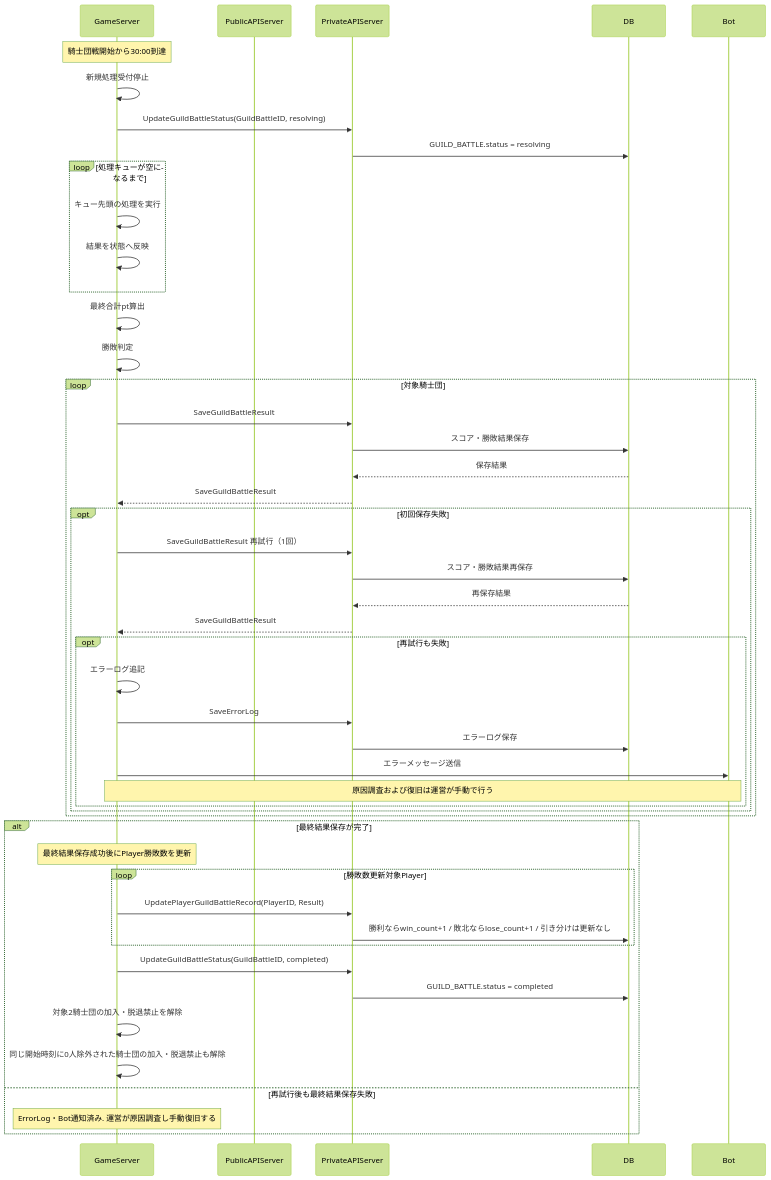
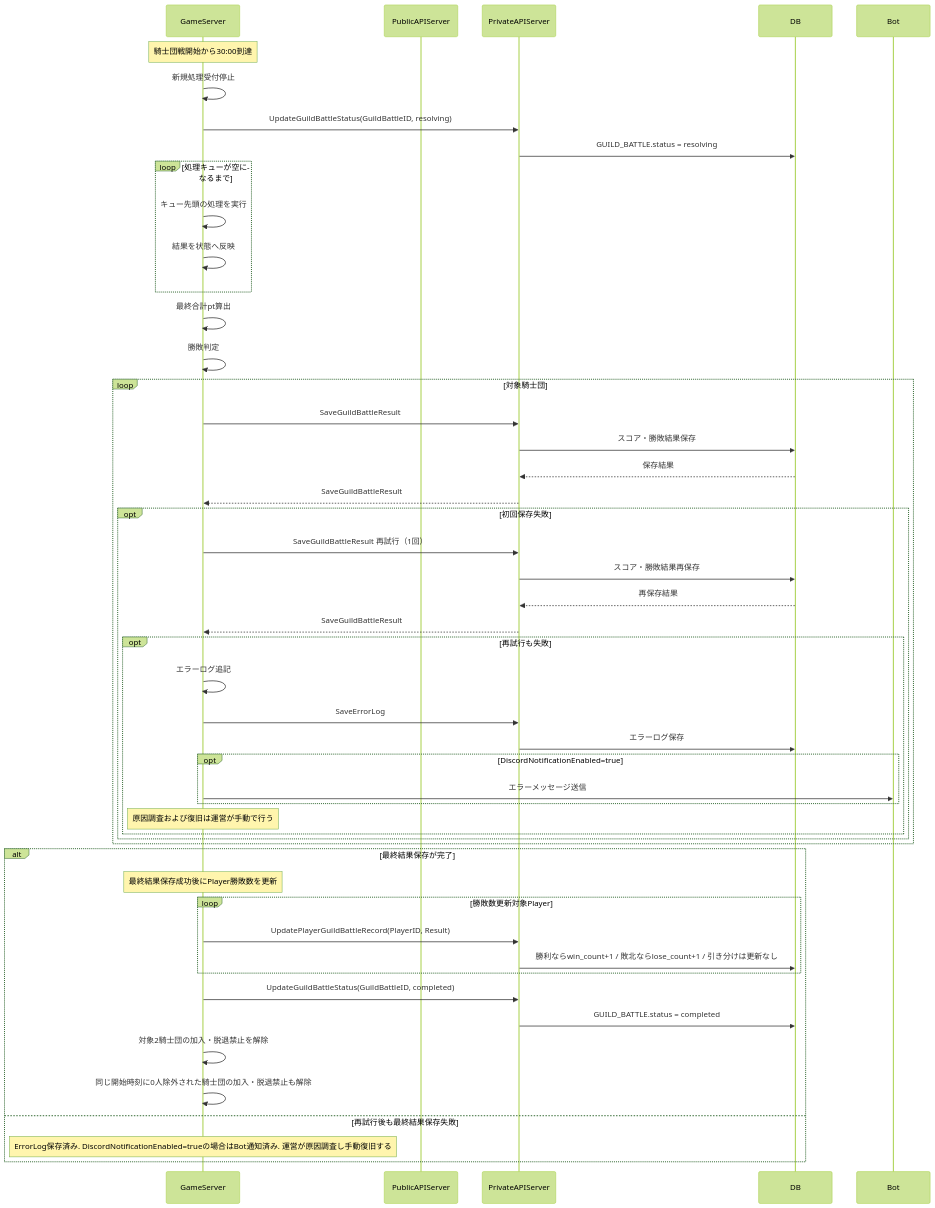
One commit to ReHydrangeaOdyssey/Specifications changed diagram 16 of 16 in design/guild_battle.md. Above: the diagram before and after it, drawn with Mermaid (forest theme). The commit also changed other lines of this file and 18 other files, not shown here.

````diff
--- a/design/guild_battle.md
+++ b/design/guild_battle.md
@@ -635,58 +651,60 @@
 ```mermaid
 sequenceDiagram
     participant GameServer
     participant PublicAPIServer
     participant PrivateAPIServer
     participant DB
     participant Bot
 
     Note over GameServer: 騎士団戦開始から30:00到達
 
     GameServer->>GameServer: 新規処理受付停止
     GameServer->>PrivateAPIServer: UpdateGuildBattleStatus(GuildBattleID, resolving)
     PrivateAPIServer->>DB: GUILD_BATTLE.status = resolving
 
     loop 処理キューが空になるまで
         GameServer->>GameServer: キュー先頭の処理を実行
         GameServer->>GameServer: 結果を状態へ反映
     end
 
     GameServer->>GameServer: 最終合計pt算出
     GameServer->>GameServer: 勝敗判定
 
     loop 対象騎士団
         GameServer->>PrivateAPIServer: SaveGuildBattleResult
         PrivateAPIServer->>DB: スコア・勝敗結果保存
         DB-->>PrivateAPIServer: 保存結果
         PrivateAPIServer-->>GameServer: SaveGuildBattleResult
 
         opt 初回保存失敗
             GameServer->>PrivateAPIServer: SaveGuildBattleResult 再試行（1回）
             PrivateAPIServer->>DB: スコア・勝敗結果再保存
             DB-->>PrivateAPIServer: 再保存結果
             PrivateAPIServer-->>GameServer: SaveGuildBattleResult
             opt 再試行も失敗
                 GameServer->>GameServer: エラーログ追記
                 GameServer->>PrivateAPIServer: SaveErrorLog
                 PrivateAPIServer->>DB: エラーログ保存
-                GameServer->>Bot: エラーメッセージ送信
-                Note over GameServer,Bot: 原因調査および復旧は運営が手動で行う
+                opt DiscordNotificationEnabled=true
+                    GameServer->>Bot: エラーメッセージ送信
+                end
+                Note over GameServer: 原因調査および復旧は運営が手動で行う
             end
         end
     end
 
 
     alt 最終結果保存が完了
         Note over GameServer: 最終結果保存成功後にPlayer勝敗数を更新
         loop 勝敗数更新対象Player
             GameServer->>PrivateAPIServer: UpdatePlayerGuildBattleRecord(PlayerID, Result)
             PrivateAPIServer->>DB: 勝利ならwin_count+1 / 敗北ならlose_count+1 / 引き分けは更新なし
         end
         GameServer->>PrivateAPIServer: UpdateGuildBattleStatus(GuildBattleID, completed)
         PrivateAPIServer->>DB: GUILD_BATTLE.status = completed
         GameServer->>GameServer: 対象2騎士団の加入・脱退禁止を解除
         GameServer->>GameServer: 同じ開始時刻に0人除外された騎士団の加入・脱退禁止も解除
     else 再試行後も最終結果保存失敗
-        Note over GameServer: ErrorLog・Bot通知済み. 運営が原因調査し手動復旧する
+        Note over GameServer: ErrorLog保存済み. DiscordNotificationEnabled=trueの場合はBot通知済み. 運営が原因調査し手動復旧する
     end
 ```
````
